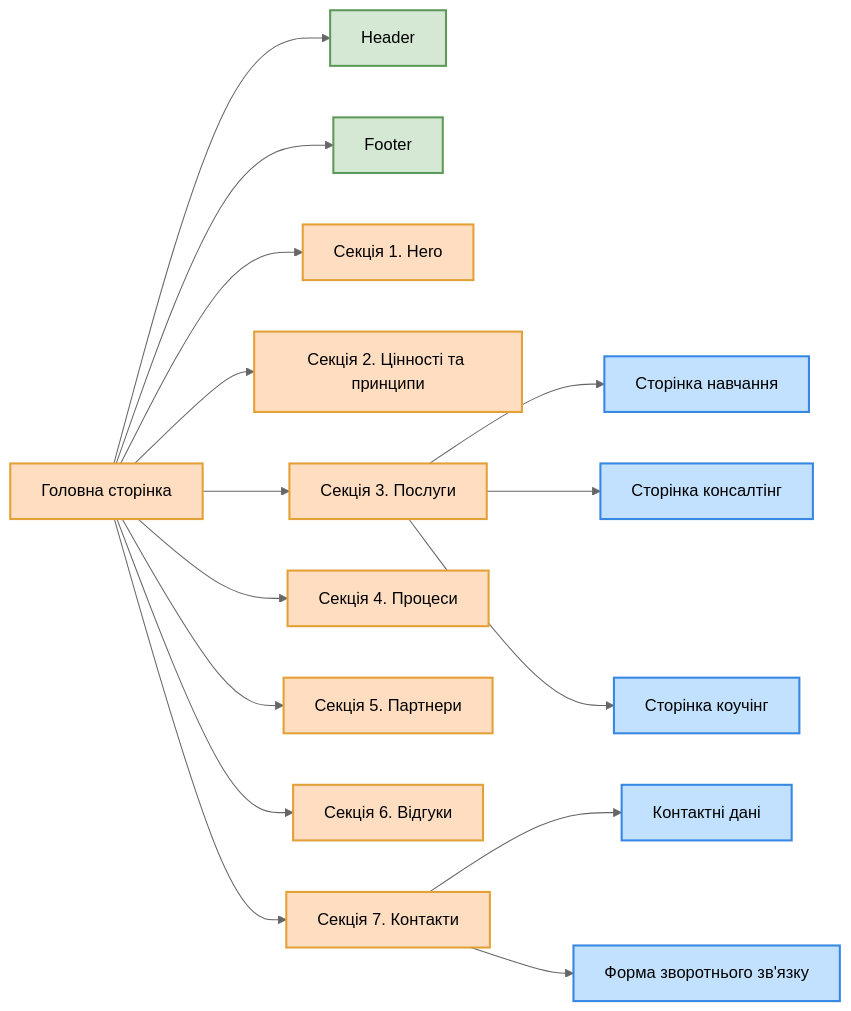
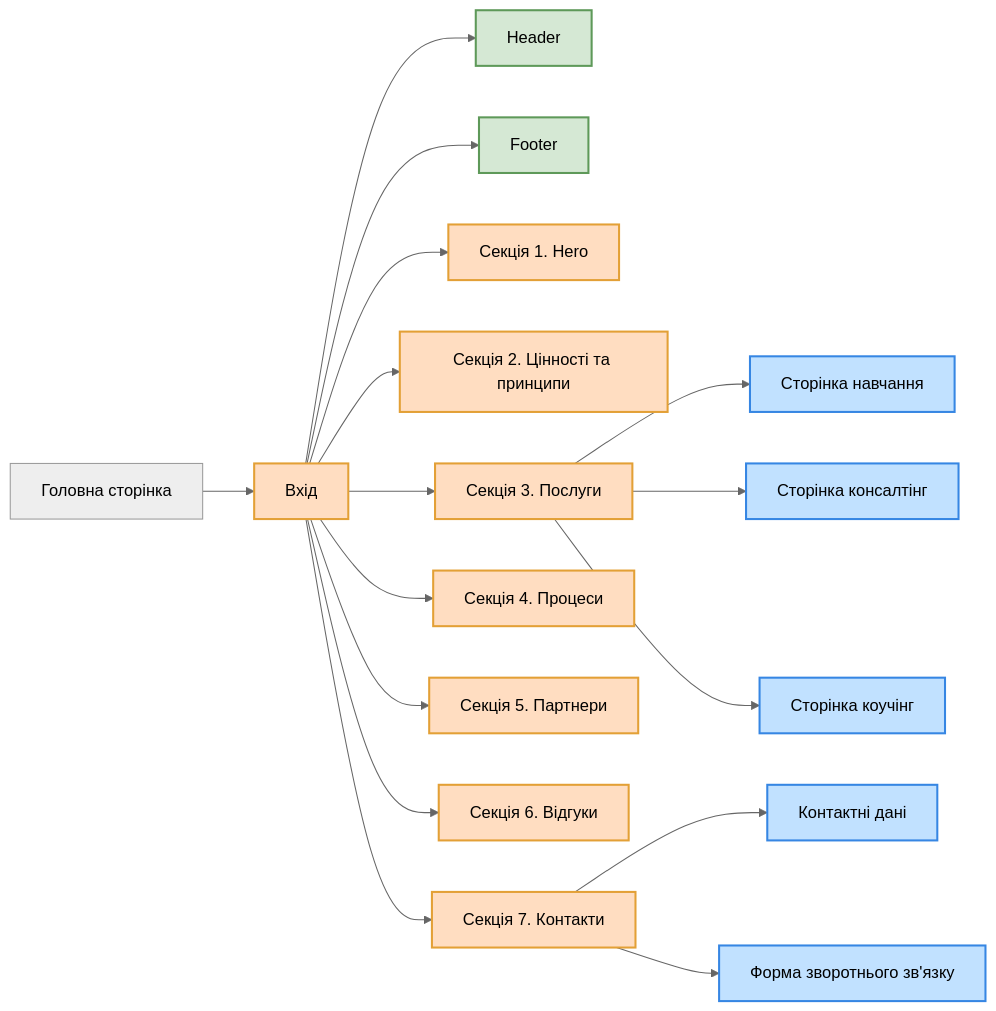
Before and after one commit to sergio-nezhigay/carptravel: the diagram in README.md, drawn with Mermaid (neutral theme).

````diff
--- a/README.md
+++ b/README.md
@@ -57,42 +57,43 @@
 ```mermaid
 graph LR
 
   %% Хедер і футер
   style B fill:#D5E8D4, stroke:#5E9959, stroke-width:2px;
   style L fill:#D5E8D4, stroke:#5E9959, stroke-width:2px;
 
   %% Секції
   style A fill:#FFDDC1, stroke:#E3A036, stroke-width:2px;
   style C fill:#FFDDC1, stroke:#E3A036, stroke-width:2px;
   style D fill:#FFDDC1, stroke:#E3A036, stroke-width:2px;
   style E fill:#FFDDC1, stroke:#E3A036, stroke-width:2px;
   style F fill:#FFDDC1, stroke:#E3A036, stroke-width:2px;
   style G fill:#FFDDC1, stroke:#E3A036, stroke-width:2px;
   style H fill:#FFDDC1, stroke:#E3A036, stroke-width:2px;
   style I fill:#FFDDC1, stroke:#E3A036, stroke-width:2px;
 
   %% Сторінки
   style N fill:#C1E1FF, stroke:#3686E3, stroke-width:2px;
   style O fill:#C1E1FF, stroke:#3686E3, stroke-width:2px;
   style P fill:#C1E1FF, stroke:#3686E3, stroke-width:2px;
   style R fill:#C1E1FF, stroke:#3686E3, stroke-width:2px;
   style S fill:#C1E1FF, stroke:#3686E3, stroke-width:2px;
 
-  A[Головна сторінка] --> B[Header]
+  Z[Головна сторінка] --> A[Вхід]
+  A --> B[Header]
   A --> C[Секція 1. Hero]
   A --> D[Секція 2. Цінності та принципи]
   A --> E[Секція 3. Послуги]
   A --> F[Секція 4. Процеси]
   A --> G[Секція 5. Партнери]
   A --> H[Секція 6. Відгуки]
   A --> I[Секція 7. Контакти]
   A --> L[Footer]
   E --> N[Сторінка навчання]
   E --> O[Сторінка консалтінг]
   E --> P[Сторінка коучінг]
 
   I --> R[Контактні дані]
   I --> S[Форма зворотнього зв'язку]
 
 
 ```
````
